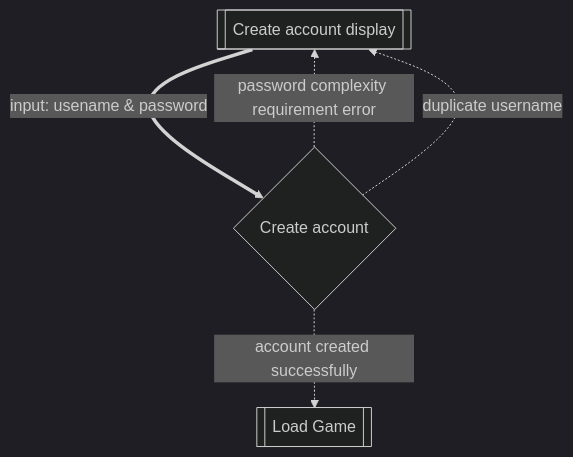
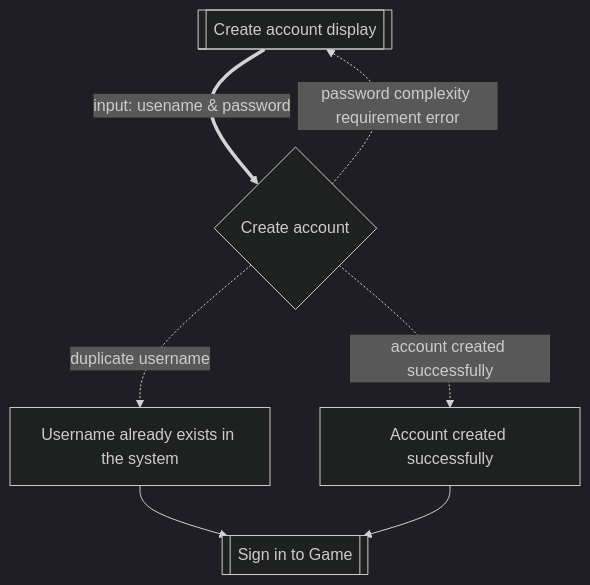
Before and after one commit to kaesotiric/money_clicker_game: the third of 5 diagrams in flows.md, drawn with Mermaid (dark theme). The commit also changed other lines of this file and 17 other files, not shown here.

````diff
--- a/flows.md
+++ b/flows.md
@@ -38,11 +38,14 @@
 ```mermaid
 flowchart TD
     displayLogin[[Create account display]]
     processLogIn{Create account}
-    
+    displayAccExists[Username already exists in the system]
+    accCreatedSuccess[Account created successfully]
     displayLogin == input: usename & password ==> processLogIn
     processLogIn -.password complexity requirement error.->displayLogin
-    processLogIn -.duplicate username.->displayLogin
-    processLogIn -.account created successfully.->continueGame
-    continueGame[[Load Game]]
+    processLogIn -.duplicate username.->displayAccExists
+    displayAccExists --> continueGame
+    processLogIn -.account created successfully.->accCreatedSuccess
+    accCreatedSuccess --> continueGame
+    continueGame[[Sign in to Game]]
 ```
````
